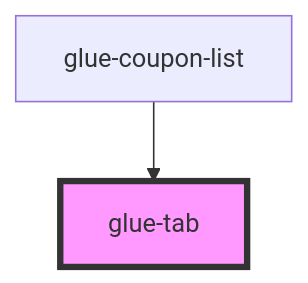
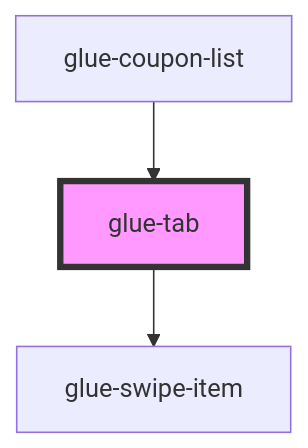
One commit to grasilife/glue changed the diagram in packages/glue-components/src/components/glue-tab/readme.md. Above: the diagram before and after it, drawn with Mermaid. The commit also changed other lines of this file and 23 other files, not shown here.

````diff
--- a/packages/glue-components/src/components/glue-tab/readme.md
+++ b/packages/glue-components/src/components/glue-tab/readme.md
@@ -22,5 +33,6 @@
 ```mermaid
 graph TD;
+  glue-tab --> glue-swipe-item
   glue-coupon-list --> glue-tab
   style glue-tab fill:#f9f,stroke:#333,stroke-width:4px
 ```
````
